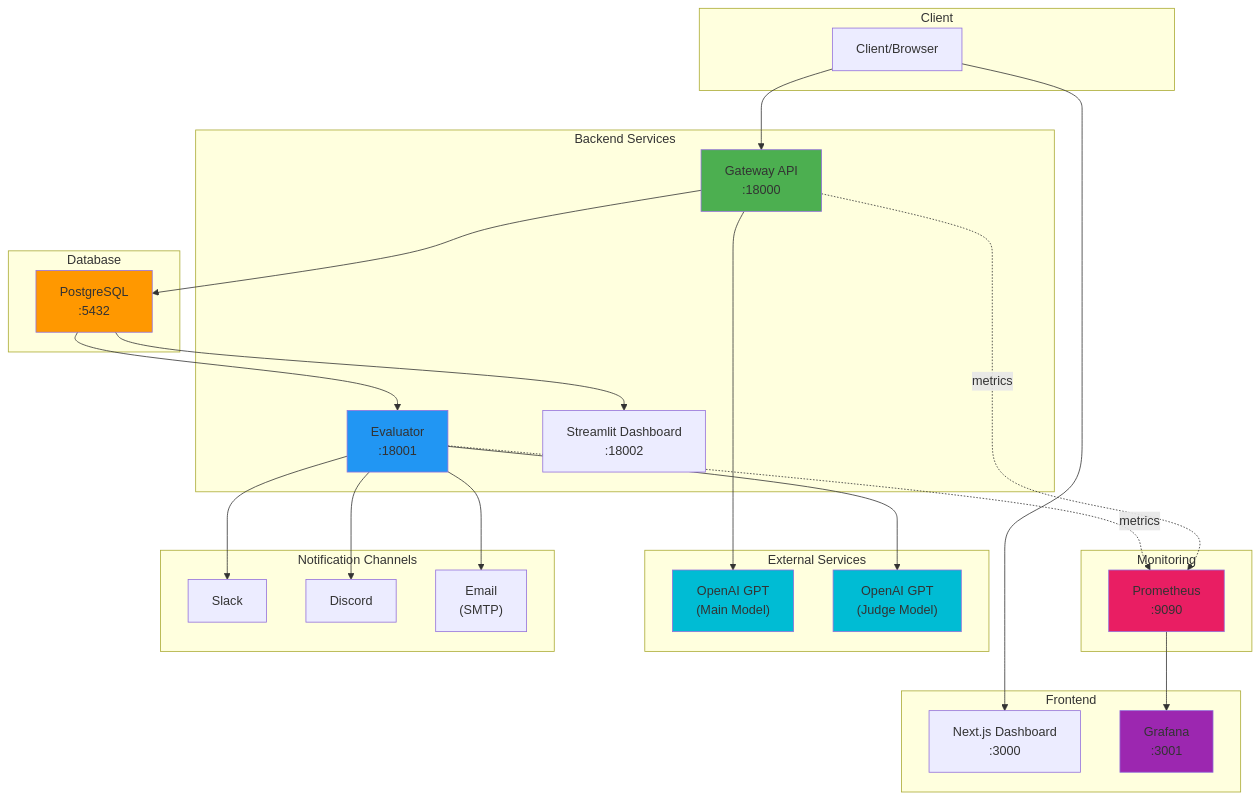
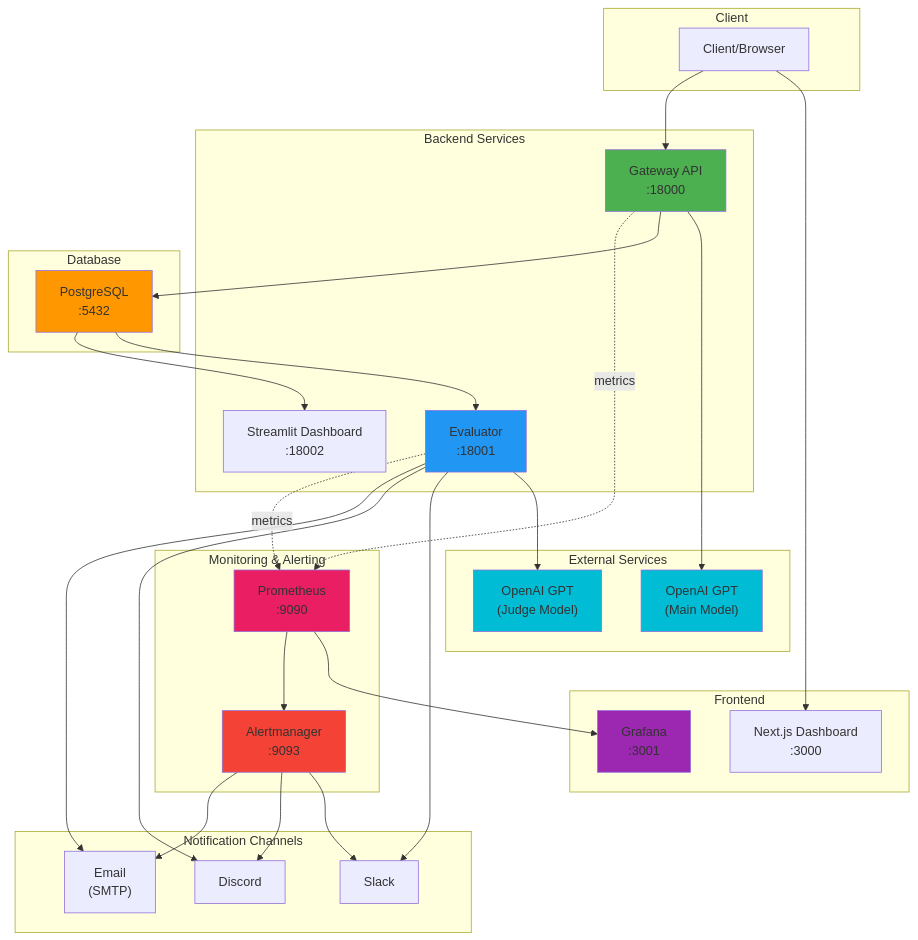
The diagram in docs/README-main-us.md (dongkoony/LLM-Quality-Observer), drawn with Mermaid before and after one commit. The commit also changed other lines of this file, not shown here.

````diff
--- a/docs/README-main-us.md
+++ b/docs/README-main-us.md
@@ -29,67 +31,73 @@
 ```mermaid
 flowchart TB
     subgraph "Client"
         ClientApp[Client/Browser]
     end
 
     subgraph "Frontend"
         WebDashboard["Next.js Dashboard<br/>:3000"]
         Grafana["Grafana<br/>:3001"]
     end
 
     subgraph "Backend Services"
         Gateway["Gateway API<br/>:18000"]
         Evaluator["Evaluator<br/>:18001"]
         Dashboard["Streamlit Dashboard<br/>:18002"]
     end
 
     subgraph "Database"
         Postgres["PostgreSQL<br/>:5432"]
     end
 
-    subgraph "Monitoring"
+    subgraph "Monitoring & Alerting"
         Prometheus["Prometheus<br/>:9090"]
+        Alertmanager["Alertmanager<br/>:9093"]
     end
 
     subgraph "External Services"
         OpenAI_Main["OpenAI GPT<br/>(Main Model)"]
         OpenAI_Judge["OpenAI GPT<br/>(Judge Model)"]
     end
 
     subgraph "Notification Channels"
         Slack["Slack"]
         Discord["Discord"]
         Email["Email<br/>(SMTP)"]
     end
 
     %% Client connections
     ClientApp --> WebDashboard
     ClientApp --> Gateway
 
     %% Gateway connections
     Gateway --> OpenAI_Main
     Gateway --> Postgres
     Gateway -.metrics.-> Prometheus
 
     %% Evaluator connections
     Postgres --> Evaluator
     Evaluator --> OpenAI_Judge
     Evaluator --> Slack
     Evaluator --> Discord
     Evaluator --> Email
     Evaluator -.metrics.-> Prometheus
 
     %% Dashboard connections
     Postgres --> Dashboard
 
     %% Monitoring connections
     Prometheus --> Grafana
+    Prometheus --> Alertmanager
+    Alertmanager --> Slack
+    Alertmanager --> Discord
+    Alertmanager --> Email
 
     style Gateway fill:#4CAF50
     style Evaluator fill:#2196F3
     style Postgres fill:#FF9800
     style Prometheus fill:#E91E63
+    style Alertmanager fill:#F44336
     style Grafana fill:#9C27B0
     style OpenAI_Main fill:#00BCD4
     style OpenAI_Judge fill:#00BCD4
 ```
````
